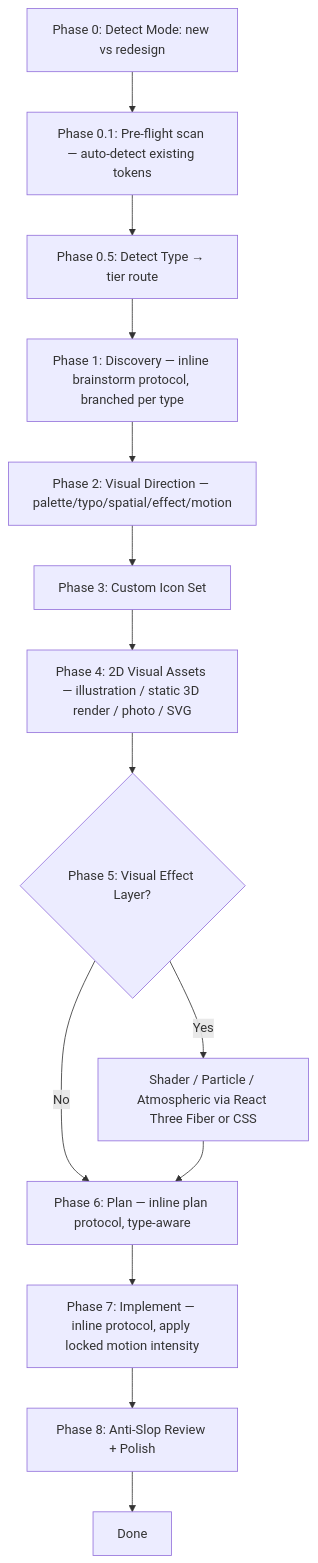
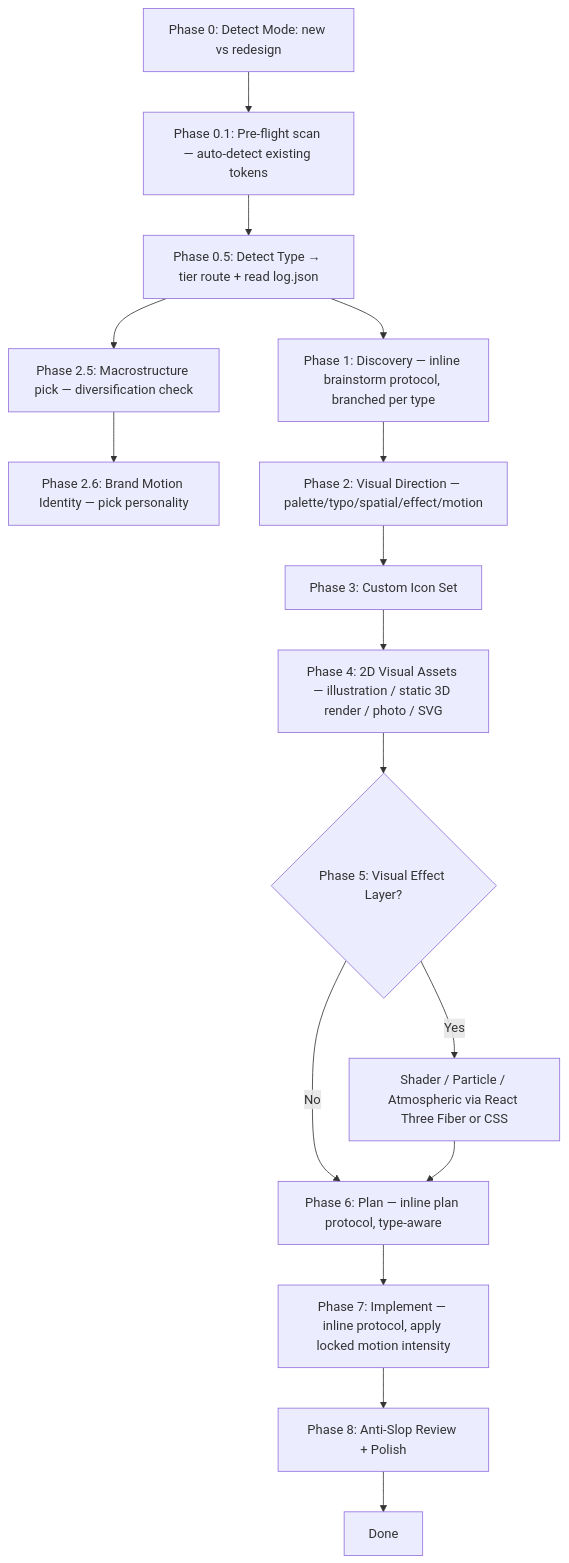
The diagram in SKILL.md (dris1153/perfect-ui), drawn with Mermaid before and after one commit. The commit also changed other lines of this file and 20 other files, not shown here.

````diff
--- a/SKILL.md
+++ b/SKILL.md
@@ -63,16 +64,18 @@
 ```mermaid
 flowchart TD
     M[Phase 0: Detect Mode: new vs redesign] --> P[Phase 0.1: Pre-flight scan — auto-detect existing tokens]
-    P --> T[Phase 0.5: Detect Type → tier route]
+    P --> T[Phase 0.5: Detect Type → tier route + read log.json]
+    T --> MC[Phase 2.5: Macrostructure pick — diversification check]
+    MC --> BM[Phase 2.6: Brand Motion Identity — pick personality]
     T --> B[Phase 1: Discovery — inline brainstorm protocol, branched per type]
     B --> C[Phase 2: Visual Direction — palette/typo/spatial/effect/motion]
     C --> D[Phase 3: Custom Icon Set]
     D --> E[Phase 4: 2D Visual Assets — illustration / static 3D render / photo / SVG]
     E --> F{Phase 5: Visual Effect Layer?}
     F -->|Yes| G[Shader / Particle / Atmospheric via React Three Fiber or CSS]
     F -->|No| H[Phase 6: Plan — inline plan protocol, type-aware]
     G --> H
     H --> I[Phase 7: Implement — inline protocol, apply locked motion intensity]
     I --> J[Phase 8: Anti-Slop Review + Polish]
     J --> K[Done]
 ```
````
